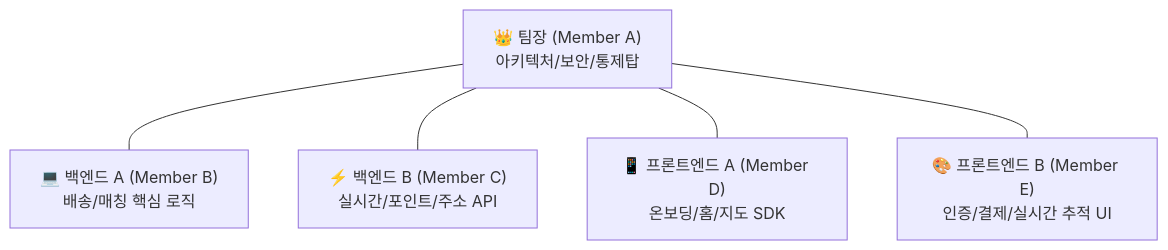
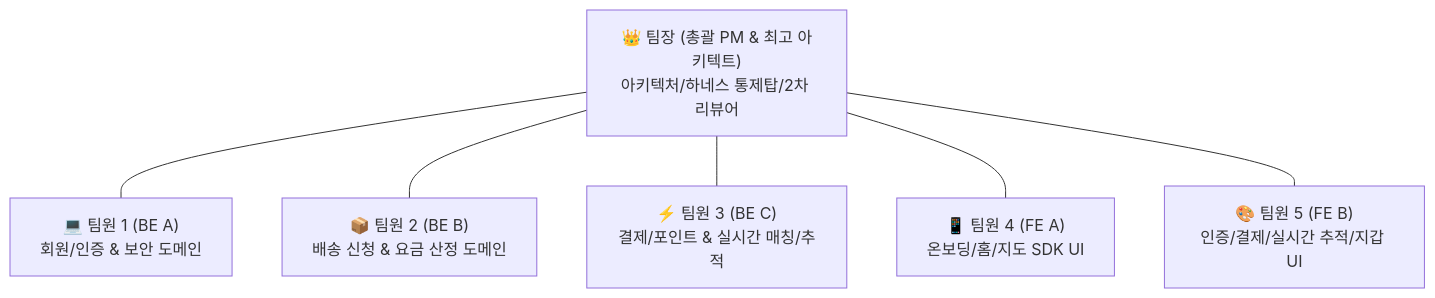
One commit to ShinhanDSProject/shinhan-delivery changed the second of 2 diagrams in docs/project-spec-and-task-breakdown.md. Above: the diagram before and after it, drawn with Mermaid. The commit also changed other lines of this file, not shown here.

Commit message:
docs: Refactored team allocation matrix to 1 Leader + 5 Team Members (Total 6 people)

````diff
--- a/docs/project-spec-and-task-breakdown.md
+++ b/docs/project-spec-and-task-breakdown.md
@@ -102,7 +102,11 @@
 ```mermaid
 graph TD
-    Leader["👑 팀장 (Member A)<br/>아키텍처/보안/통제탑"] --- BE1["💻 백엔드 A (Member B)<br/>배송/매칭 핵심 로직"]
-    Leader --- BE2["⚡ 백엔드 B (Member C)<br/>실시간/포인트/주소 API"]
-    Leader --- FE1["📱 프론트엔드 A (Member D)<br/>온보딩/홈/지도 SDK"]
-    Leader --- FE2["🎨 프론트엔드 B (Member E)<br/>인증/결제/실시간 추적 UI"]
+    Leader["👑 팀장 (총괄 PM & 최고 아키텍트)<br/>아키텍처/하네스 통제탑/2차 리뷰어"]
+    
+    Leader --- BE1["💻 팀원 1 (BE A)<br/>회원/인증 & 보안 도메인"]
+    Leader --- BE2["📦 팀원 2 (BE B)<br/>배송 신청 & 요금 산정 도메인"]
+    Leader --- BE3["⚡ 팀원 3 (BE C)<br/>결제/포인트 & 실시간 매칭/추적"]
+    
+    Leader --- FE1["📱 팀원 4 (FE A)<br/>온보딩/홈/지도 SDK UI"]
+    Leader --- FE2["🎨 팀원 5 (FE B)<br/>인증/결제/실시간 추적/지갑 UI"]
 ```
````
